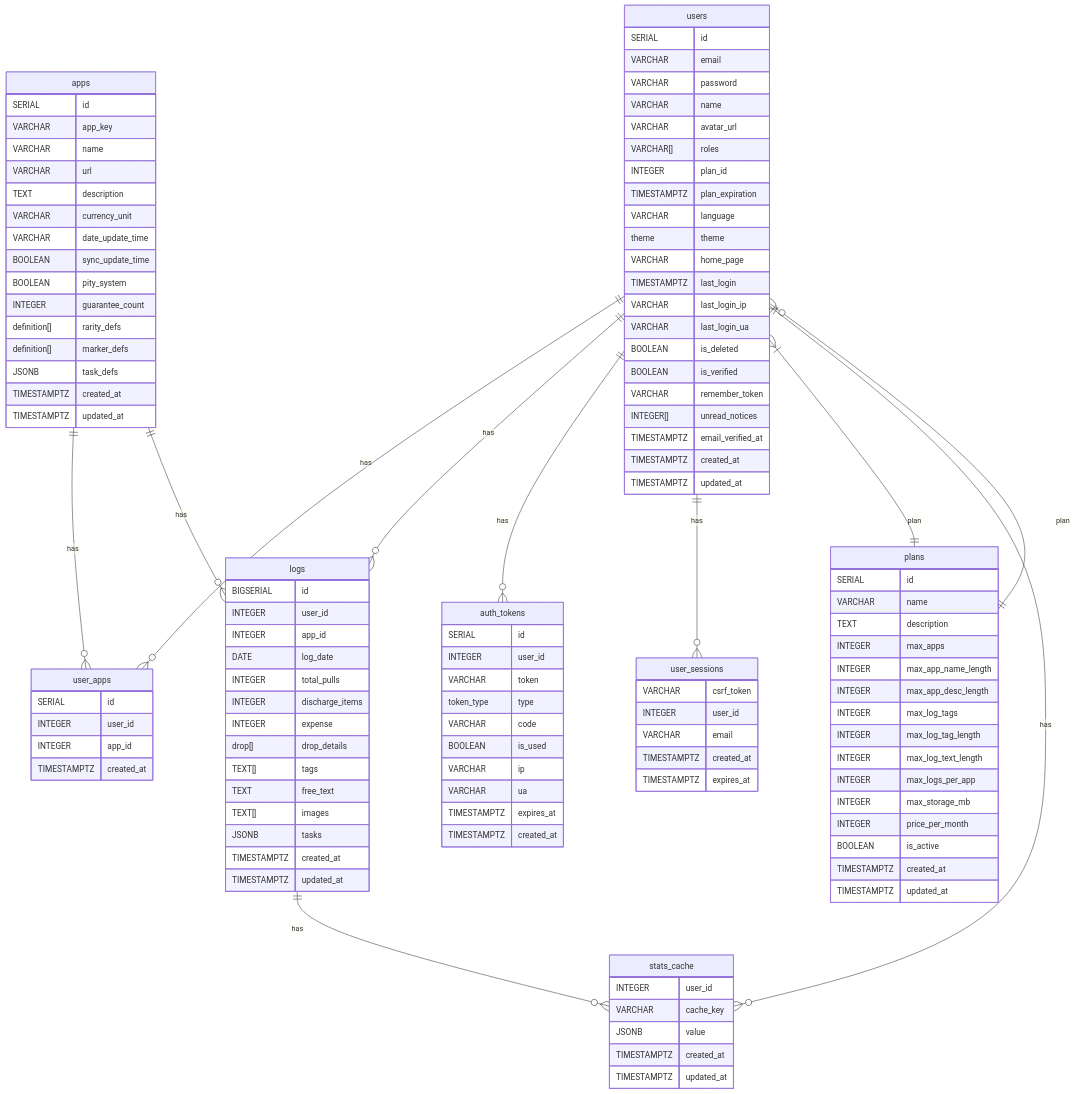
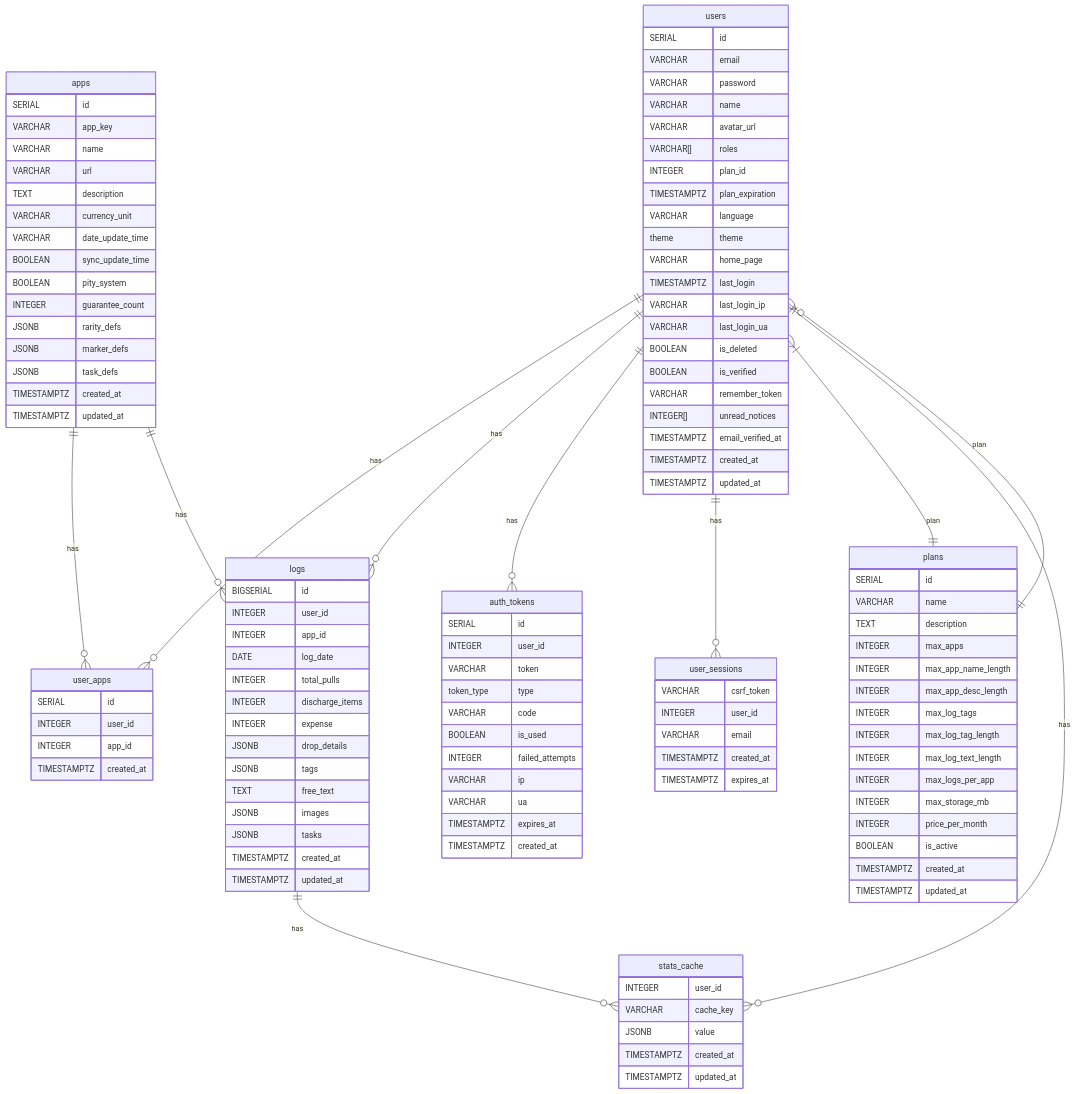
One commit to magicmethods/pulllog-backend changed the first of 2 diagrams in pulllog-ER.md. Above: the diagram before and after it, drawn with Mermaid. The commit also changed 39 other files, not shown here.

```diff
--- a/pulllog-ER.md
+++ b/pulllog-ER.md
@@ -43,10 +43,10 @@
         INTEGER total_pulls
         INTEGER discharge_items
         INTEGER expense
-        drop[] drop_details
-        TEXT[] tags
+        JSONB drop_details
+        JSONB tags
         TEXT free_text
-        TEXT[] images
+        JSONB images
         JSONB tasks
         TIMESTAMPTZ created_at
         TIMESTAMPTZ updated_at
@@ -59,6 +59,7 @@
         token_type type
         VARCHAR code
         BOOLEAN is_used
+        INTEGER failed_attempts
         VARCHAR ip
         VARCHAR ua
         TIMESTAMPTZ expires_at
@@ -103,8 +104,8 @@
         BOOLEAN sync_update_time
         BOOLEAN pity_system
         INTEGER guarantee_count
-        definition[] rarity_defs
-        definition[] marker_defs
+        JSONB rarity_defs
+        JSONB marker_defs
         JSONB task_defs
         TIMESTAMPTZ created_at
         TIMESTAMPTZ updated_at
```
